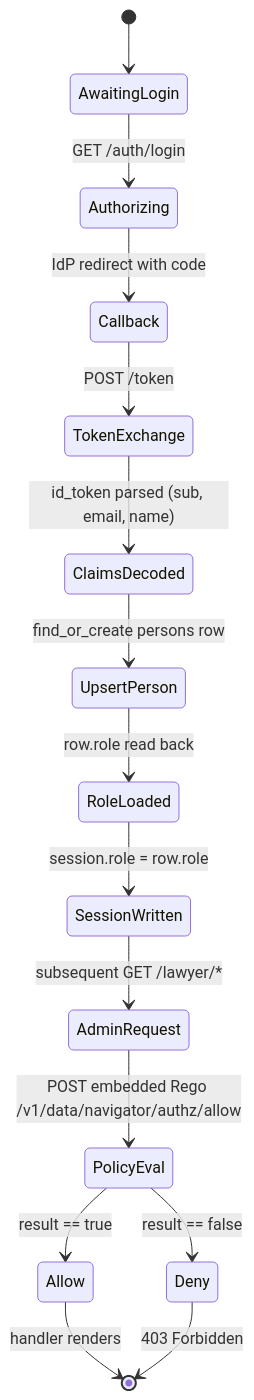
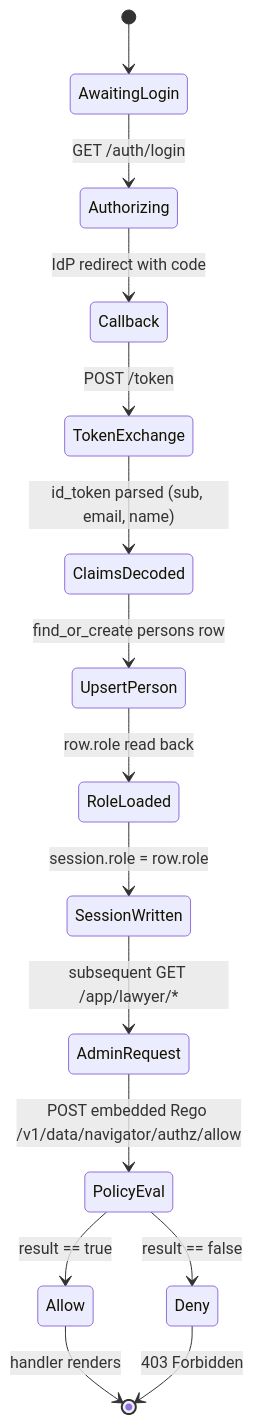
One commit to neon-law-source-code/navigator changed the third of 3 diagrams in docs/oidc.md. Above: the diagram before and after it, drawn with Mermaid. The commit also changed 100 other files, not shown here.

First line of the commit message:
Retire the /lawyer prefix under /app/lawyer (#251)

````diff
--- a/docs/oidc.md
+++ b/docs/oidc.md
@@ -150,17 +150,17 @@
 ```mermaid
 stateDiagram-v2
     [*] --> AwaitingLogin
     AwaitingLogin --> Authorizing: GET /auth/login
     Authorizing --> Callback: IdP redirect with code
     Callback --> TokenExchange: POST /token
     TokenExchange --> ClaimsDecoded: id_token parsed (sub, email, name)
     ClaimsDecoded --> UpsertPerson: find_or_create persons row
     UpsertPerson --> RoleLoaded: row.role read back
     RoleLoaded --> SessionWritten: session.role = row.role
-    SessionWritten --> AdminRequest: subsequent GET /lawyer/*
+    SessionWritten --> AdminRequest: subsequent GET /app/lawyer/*
     AdminRequest --> PolicyEval: POST embedded Rego /v1/data/navigator/authz/allow
     PolicyEval --> Allow: result == true
     PolicyEval --> Deny: result == false
     Allow --> [*]: handler renders
     Deny --> [*]: 403 Forbidden
 ```
````
